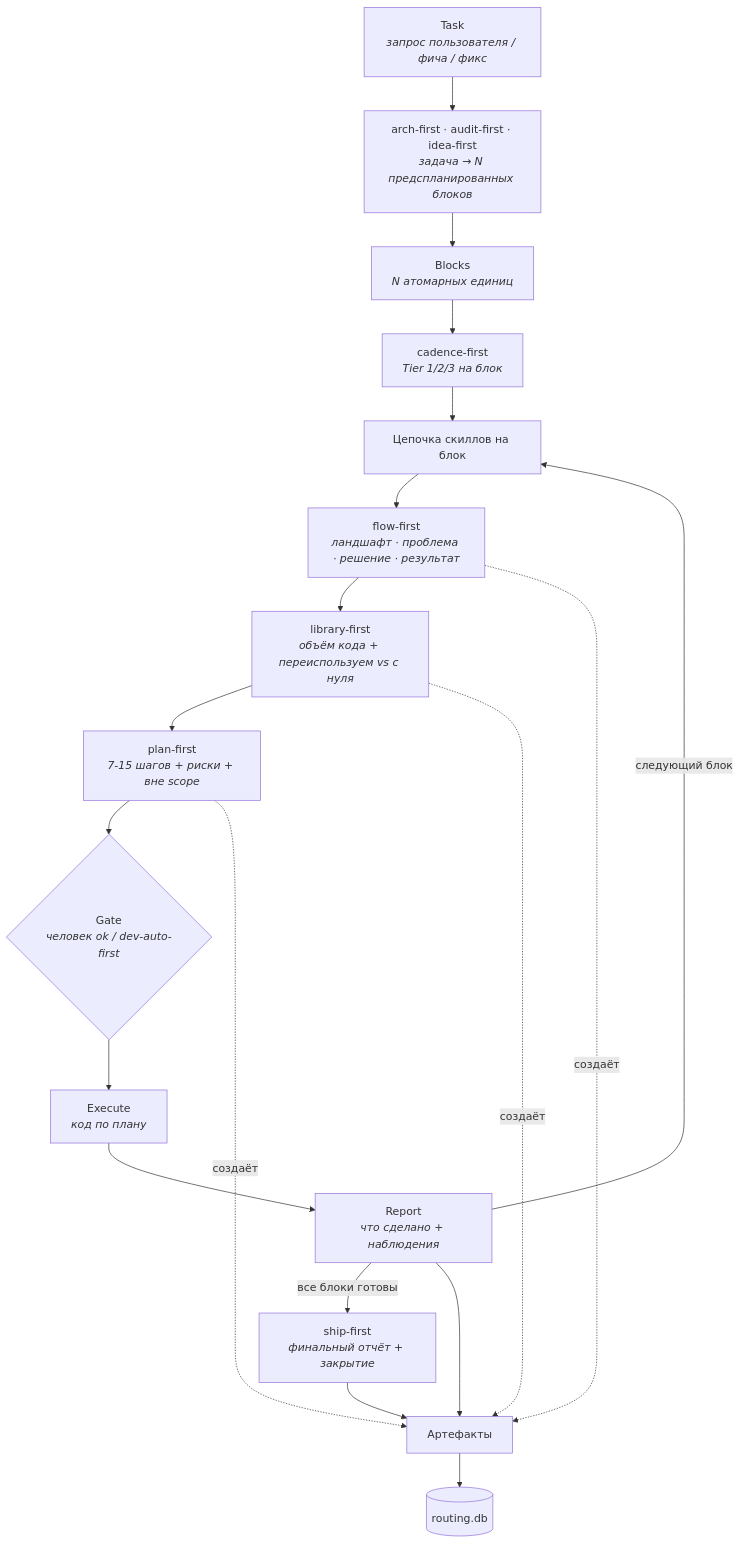
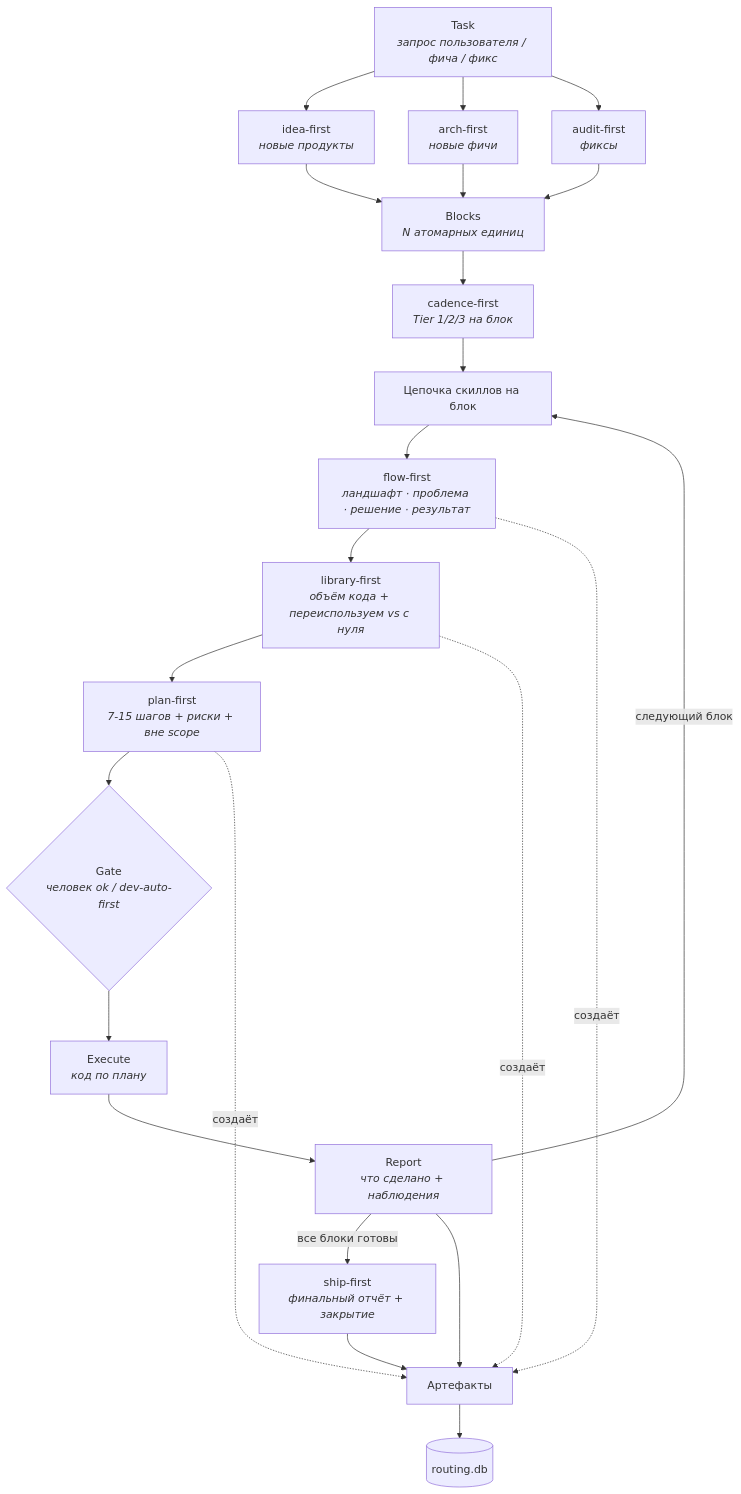
One commit to bearded-illirian/trailmark changed the diagram in README.ru.md. Above: the diagram before and after it, drawn with Mermaid. The commit also changed other lines of this file and 1 other file, not shown here.

````diff
--- a/README.ru.md
+++ b/README.ru.md
@@ -203,22 +206,26 @@
 ```mermaid
 graph TD
     T["Task<br/><i>запрос пользователя / фича / фикс</i>"]
-    T --> DS["arch-first · audit-first · idea-first<br/><i>задача → N предспланированных блоков</i>"]
-    DS --> B["Blocks<br/><i>N атомарных единиц</i>"]
+    T --> IF["idea-first<br/><i>новые продукты</i>"]
+    T --> AF["arch-first<br/><i>новые фичи</i>"]
+    T --> AUD["audit-first<br/><i>фиксы</i>"]
+    IF --> B["Blocks<br/><i>N атомарных единиц</i>"]
+    AF --> B
+    AUD --> B
     B --> CD["cadence-first<br/><i>Tier 1/2/3 на блок</i>"]
     CD --> C[Цепочка скиллов на блок]
     C --> F["flow-first<br/><i>ландшафт · проблема · решение · результат</i>"]
     F --> L["library-first<br/><i>объём кода + переиспользуем vs с нуля</i>"]
     L --> P["plan-first<br/><i>7-15 шагов + риски + вне scope</i>"]
     P --> G{"Gate<br/><i>человек ok / dev-auto-first</i>"}
     G --> E["Execute<br/><i>код по плану</i>"]
     E --> R["Report<br/><i>что сделано + наблюдения</i>"]
     R -->|следующий блок| C
     R -->|все блоки готовы| SF["ship-first<br/><i>финальный отчёт + закрытие</i>"]
     R --> A[Артефакты]
     SF --> A
     A --> DB[(routing.db)]
     F -.создаёт.-> A
     L -.создаёт.-> A
     P -.создаёт.-> A
 ```
````
